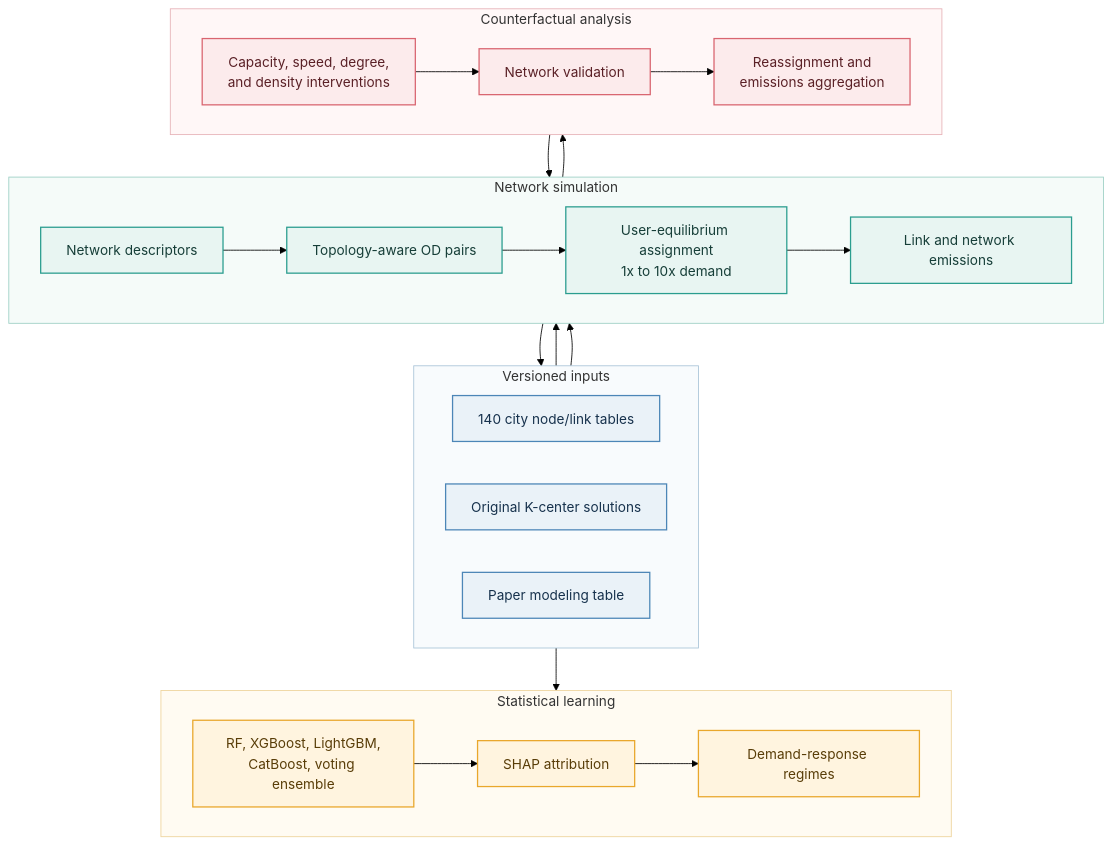
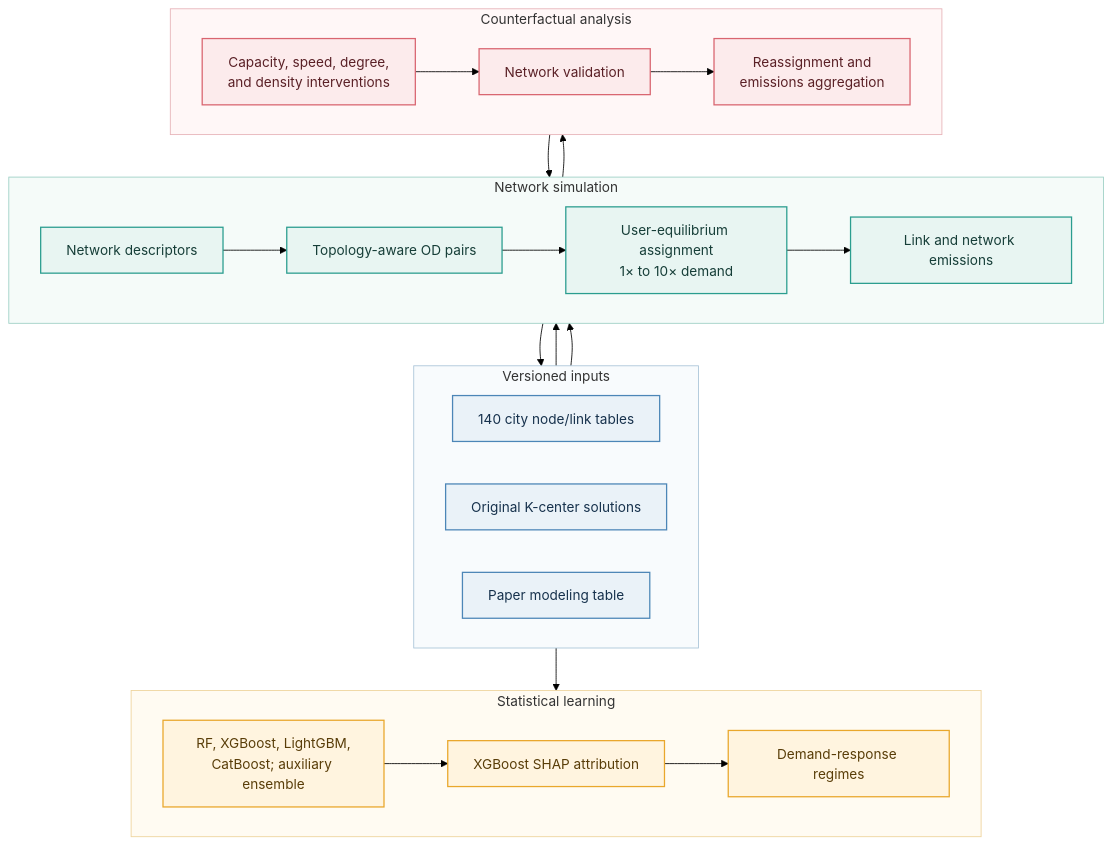
Before and after one commit to WaNgzh1rUi0413/road-network-decarbonization: the first of 3 diagrams in README.md, drawn with Mermaid (forest theme). The commit also changed other lines of this file and 13 other files, not shown here.

````diff
--- a/README.md
+++ b/README.md
@@ -132,51 +134,51 @@
 ```mermaid
 flowchart TB
     subgraph INPUT[Versioned inputs]
         direction LR
         N["140 city node/link tables"]
         K["Original K-center solutions"]
         P["Paper modeling table"]
     end
 
     subgraph NETWORK[Network simulation]
         direction LR
         T["Network descriptors"]
         O["Topology-aware OD pairs"]
-        U["User-equilibrium assignment<br/>1x to 10x demand"]
+        U["User-equilibrium assignment<br/>1× to 10× demand"]
         E["Link and network emissions"]
     end
 
     subgraph DISCOVERY[Statistical learning]
         direction LR
-        M["RF, XGBoost, LightGBM,<br/>CatBoost, voting ensemble"]
-        S["SHAP attribution"]
+        M["RF, XGBoost, LightGBM,<br/>CatBoost; auxiliary ensemble"]
+        S["XGBoost SHAP attribution"]
         C["Demand-response regimes"]
     end
 
     subgraph INTERVENTION[Counterfactual analysis]
         direction LR
         R["Capacity, speed, degree,<br/>and density interventions"]
         V["Network validation"]
         A["Reassignment and<br/>emissions aggregation"]
     end
 
     N --> T --> O --> U --> E
     K --> O
     P --> M --> S --> C
     E --> P
     U --> R --> V --> A
     A --> E
 
     classDef input fill:#EAF2F8,stroke:#4C86B7,color:#17324D,stroke-width:1.5px;
     classDef simulation fill:#E8F5F2,stroke:#2A9D8F,color:#163E38,stroke-width:1.5px;
     classDef learning fill:#FFF4DF,stroke:#E9A72C,color:#593D08,stroke-width:1.5px;
     classDef intervention fill:#FCEBEC,stroke:#D96570,color:#5A2026,stroke-width:1.5px;
     class N,K,P input;
     class T,O,U,E simulation;
     class M,S,C learning;
     class R,V,A intervention;
     style INPUT fill:#F8FBFD,stroke:#A9C4D8,stroke-width:1px
     style NETWORK fill:#F5FBF9,stroke:#9CCFC4,stroke-width:1px
     style DISCOVERY fill:#FFFBF2,stroke:#EED39B,stroke-width:1px
     style INTERVENTION fill:#FFF7F7,stroke:#E6B2B7,stroke-width:1px
 ```
````
